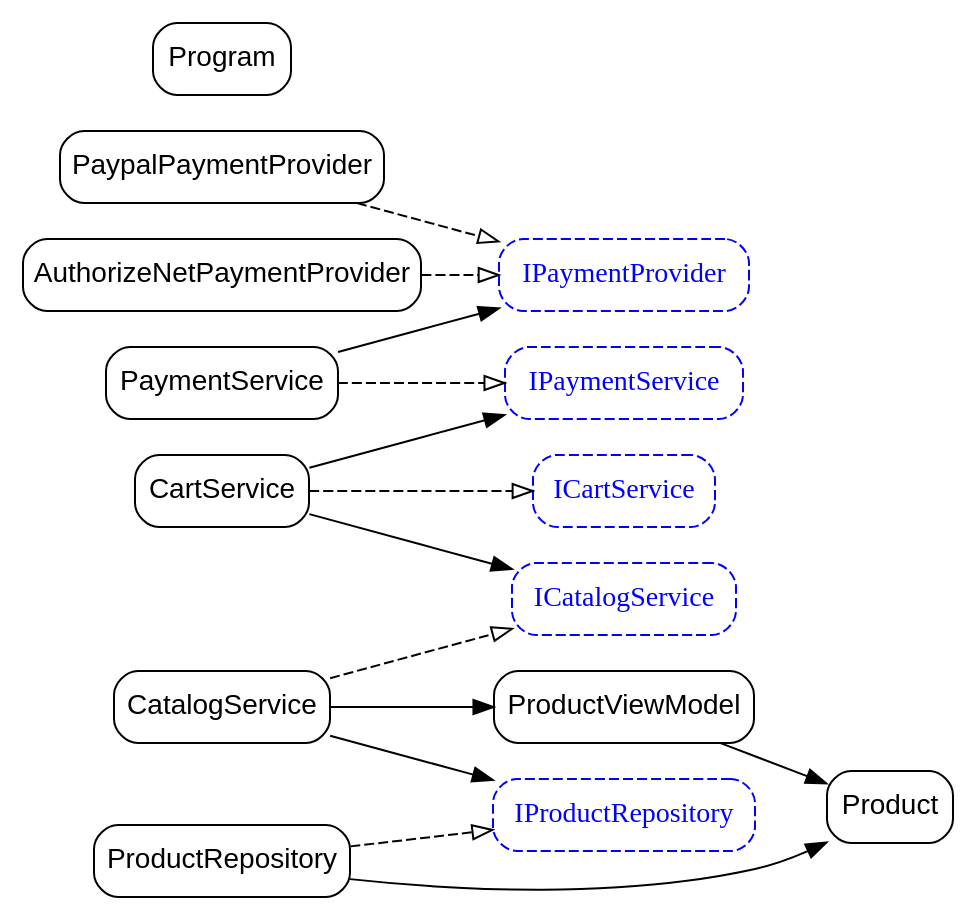
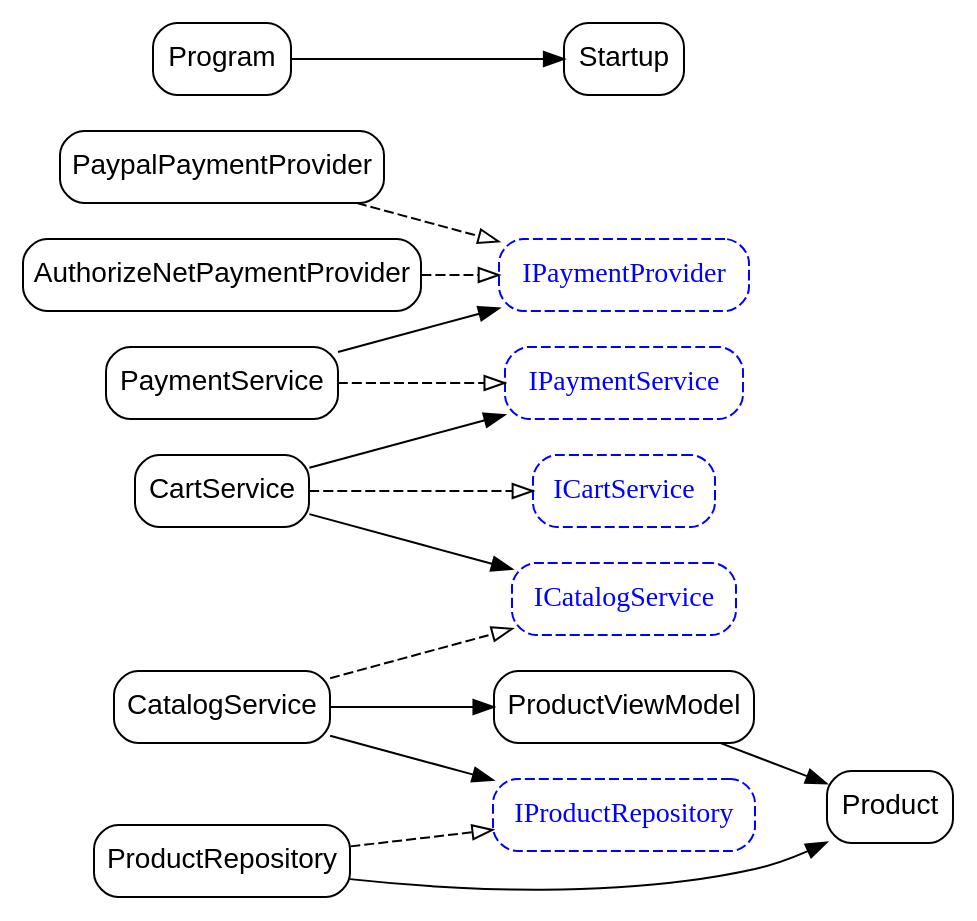
Before and after one commit to valadas/DependencyInjectionDemo: the diagram in class-dependencies.dot, drawn with Graphviz. The commit also changed 2 other files, not shown here.

Commit message:
Extracted dependency registration into own file.

```diff
--- a/class-dependencies.dot
+++ b/class-dependencies.dot
@@ -1,32 +1,34 @@
 digraph ClassDependencies {
     rankdir=LR;
     node [shape=box, style=rounded, fontname="Arial"];
         "DependencyInjectionDemo.Services.Payment.Providers.IPaymentProvider" [label="IPaymentProvider", style="dashed,rounded", fontname="Arial Italic", color="blue", fontcolor="blue"];
     "DependencyInjectionDemo.Services.Catalog.Data.Entiities.Product" [label="Product"];
     "DependencyInjectionDemo.Services.Catalog.Data.ViewModels.ProductViewModel" [label="ProductViewModel"];
+    "DependencyInjectionDemo.Startup" [label="Startup"];
     "DependencyInjectionDemo.Services.Catalog.ICatalogService" [label="ICatalogService", style="dashed,rounded", fontname="Arial Italic", color="blue", fontcolor="blue"];
     "DependencyInjectionDemo.Services.Catalog.CatalogService" [label="CatalogService"];
     "DependencyInjectionDemo.Services.Payment.Providers.PaypalPaymentProvider" [label="PaypalPaymentProvider"];
     "DependencyInjectionDemo.Services.Cart.ICartService" [label="ICartService", style="dashed,rounded", fontname="Arial Italic", color="blue", fontcolor="blue"];
     "DependencyInjectionDemo.Services.Payment.IPaymentService" [label="IPaymentService", style="dashed,rounded", fontname="Arial Italic", color="blue", fontcolor="blue"];
     "DependencyInjectionDemo.Services.Catalog.Data.Repositories.IProductRepository" [label="IProductRepository", style="dashed,rounded", fontname="Arial Italic", color="blue", fontcolor="blue"];
     "DependencyInjectionDemo.Services.Catalog.Data.Repositories.ProductRepository" [label="ProductRepository"];
     "DependencyInjectionDemo.Services.Payment.Providers.AuthorizeNetPaymentProvider" [label="AuthorizeNetPaymentProvider"];
     "DependencyInjectionDemo.Services.Cart.CartService" [label="CartService"];
     "DependencyInjectionDemo.Services.Payment.PaymentService" [label="PaymentService"];
     "DependencyInjectionDemo.Program" [label="Program"];
 
     "DependencyInjectionDemo.Services.Catalog.Data.ViewModels.ProductViewModel" -> "DependencyInjectionDemo.Services.Catalog.Data.Entiities.Product";
     "DependencyInjectionDemo.Services.Catalog.CatalogService" -> "DependencyInjectionDemo.Services.Catalog.Data.Repositories.IProductRepository";
     "DependencyInjectionDemo.Services.Catalog.CatalogService" -> "DependencyInjectionDemo.Services.Catalog.Data.ViewModels.ProductViewModel";
     "DependencyInjectionDemo.Services.Catalog.Data.Repositories.ProductRepository" -> "DependencyInjectionDemo.Services.Catalog.Data.Entiities.Product";
     "DependencyInjectionDemo.Services.Cart.CartService" -> "DependencyInjectionDemo.Services.Catalog.ICatalogService";
     "DependencyInjectionDemo.Services.Cart.CartService" -> "DependencyInjectionDemo.Services.Payment.IPaymentService";
     "DependencyInjectionDemo.Services.Payment.PaymentService" -> "DependencyInjectionDemo.Services.Payment.Providers.IPaymentProvider";
+    "DependencyInjectionDemo.Program" -> "DependencyInjectionDemo.Startup";
     "DependencyInjectionDemo.Services.Catalog.CatalogService" -> "DependencyInjectionDemo.Services.Catalog.ICatalogService" [arrowhead="empty", style="dashed"];
     "DependencyInjectionDemo.Services.Payment.Providers.PaypalPaymentProvider" -> "DependencyInjectionDemo.Services.Payment.Providers.IPaymentProvider" [arrowhead="empty", style="dashed"];
     "DependencyInjectionDemo.Services.Catalog.Data.Repositories.ProductRepository" -> "DependencyInjectionDemo.Services.Catalog.Data.Repositories.IProductRepository" [arrowhead="empty", style="dashed"];
     "DependencyInjectionDemo.Services.Payment.Providers.AuthorizeNetPaymentProvider" -> "DependencyInjectionDemo.Services.Payment.Providers.IPaymentProvider" [arrowhead="empty", style="dashed"];
     "DependencyInjectionDemo.Services.Cart.CartService" -> "DependencyInjectionDemo.Services.Cart.ICartService" [arrowhead="empty", style="dashed"];
     "DependencyInjectionDemo.Services.Payment.PaymentService" -> "DependencyInjectionDemo.Services.Payment.IPaymentService" [arrowhead="empty", style="dashed"];
 }
```
